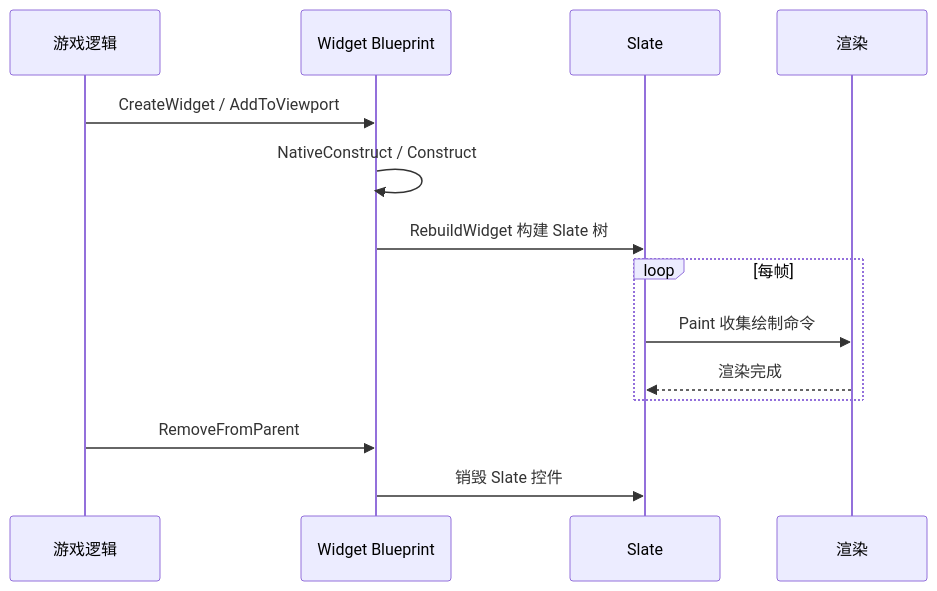
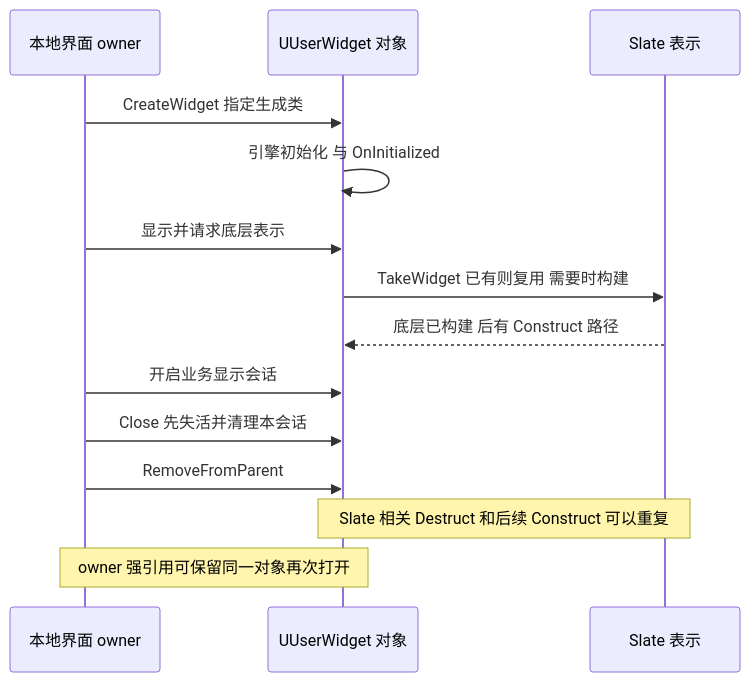
One commit to fantuan812/learning changed the fifth of 7 diagrams in 知识/05-Gameplay与交互系统/界面设置与无障碍/01-UMG框架与控件系统.md. Above: the diagram before and after it, drawn with Mermaid. The commit also changed other lines of this file and 1 other file, not shown here.

````diff
--- a/知识/05-Gameplay与交互系统/界面设置与无障碍/01-UMG框架与控件系统.md
+++ b/知识/05-Gameplay与交互系统/界面设置与无障碍/01-UMG框架与控件系统.md
@@ -200,16 +355,16 @@
 ```mermaid
 sequenceDiagram
-    participant 游戏 as 游戏逻辑
-    participant BP as Widget Blueprint
-    participant SL as Slate
-    participant GPU as 渲染
-    游戏->>BP: CreateWidget / AddToViewport
-    BP->>BP: NativeConstruct / Construct
-    BP->>SL: RebuildWidget 构建 Slate 树
-    loop 每帧
-        SL->>GPU: Paint 收集绘制命令
-        GPU-->>SL: 渲染完成
-    end
-    游戏->>BP: RemoveFromParent
-    BP->>SL: 销毁 Slate 控件
+    participant O as 本地界面 owner
+    participant U as UUserWidget 对象
+    participant S as Slate 表示
+    O->>U: CreateWidget 指定生成类
+    U->>U: 引擎初始化 与 OnInitialized
+    O->>U: 显示并请求底层表示
+    U->>S: TakeWidget 已有则复用 需要时构建
+    S-->>U: 底层已构建 后有 Construct 路径
+    O->>U: 开启业务显示会话
+    O->>U: Close 先失活并清理本会话
+    O->>U: RemoveFromParent
+    Note over U,S: Slate 相关 Destruct 和后续 Construct 可以重复
+    Note over O,U: owner 强引用可保留同一对象再次打开
 ```
````
